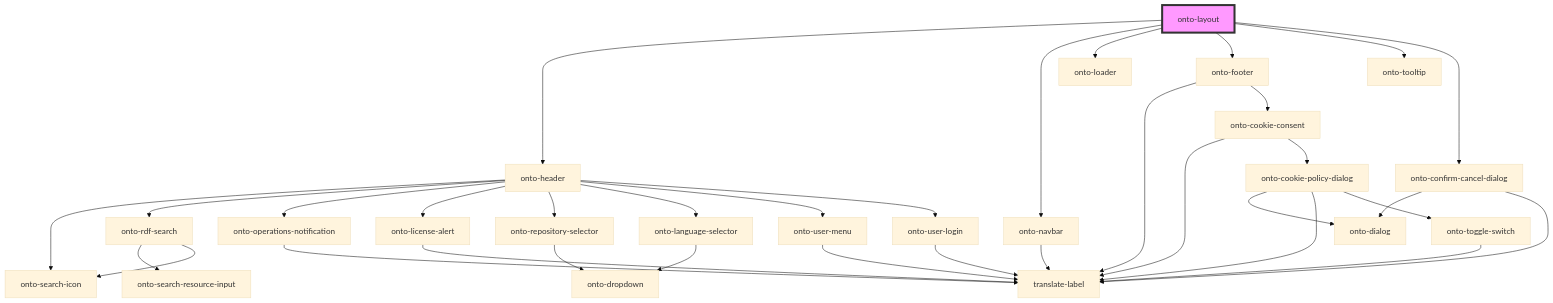
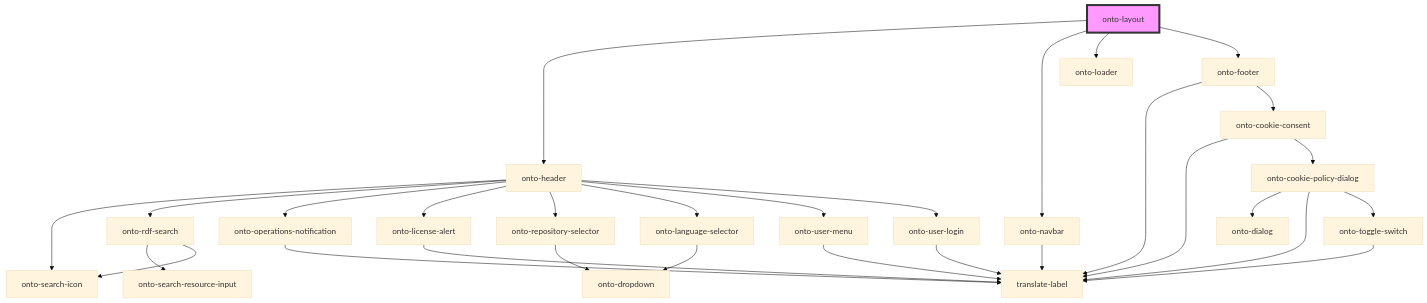
One commit to Ontotext-AD/graphdb-workbench changed the diagram in packages/shared-components/src/components/onto-layout/readme.md. Above: the diagram before and after it, drawn with Mermaid (base theme). The commit also changed other lines of this file and 9 other files, not shown here.

````diff
--- a/packages/shared-components/src/components/onto-layout/readme.md
+++ b/packages/shared-components/src/components/onto-layout/readme.md
@@ -20,37 +18,33 @@
 ```mermaid
 graph TD;
   onto-layout --> onto-header
   onto-layout --> onto-navbar
   onto-layout --> onto-loader
   onto-layout --> onto-footer
-  onto-layout --> onto-tooltip
-  onto-layout --> onto-confirm-cancel-dialog
   onto-header --> onto-search-icon
   onto-header --> onto-rdf-search
   onto-header --> onto-operations-notification
   onto-header --> onto-license-alert
   onto-header --> onto-repository-selector
   onto-header --> onto-language-selector
   onto-header --> onto-user-menu
   onto-header --> onto-user-login
   onto-rdf-search --> onto-search-resource-input
   onto-rdf-search --> onto-search-icon
   onto-operations-notification --> translate-label
   onto-license-alert --> translate-label
   onto-repository-selector --> onto-dropdown
   onto-language-selector --> onto-dropdown
   onto-user-menu --> translate-label
   onto-user-login --> translate-label
   onto-navbar --> translate-label
   onto-footer --> translate-label
   onto-footer --> onto-cookie-consent
   onto-cookie-consent --> translate-label
   onto-cookie-consent --> onto-cookie-policy-dialog
   onto-cookie-policy-dialog --> onto-dialog
   onto-cookie-policy-dialog --> translate-label
   onto-cookie-policy-dialog --> onto-toggle-switch
   onto-toggle-switch --> translate-label
-  onto-confirm-cancel-dialog --> onto-dialog
-  onto-confirm-cancel-dialog --> translate-label
   style onto-layout fill:#f9f,stroke:#333,stroke-width:4px
 ```
````
